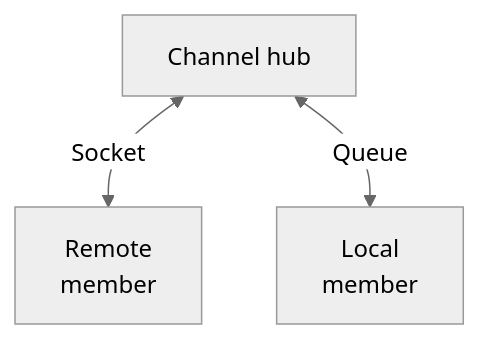
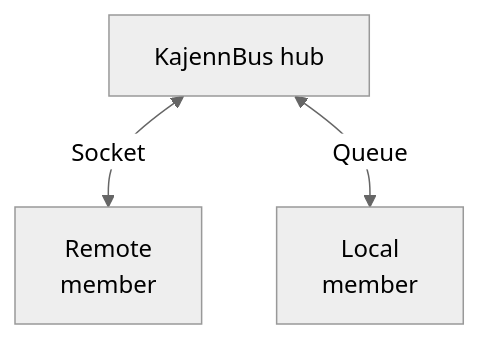
One commit to kajenn-org/kajenn changed the ninth of 10 diagrams in docs/architecture/overview.md. Above: the diagram before and after it, drawn with Mermaid (neutral theme). The commit also changed other lines of this file and 43 other files, not shown here.

First line of the commit message:
refactor: rename the internal lane kajenn.channel to kajenn.kbus (0.2.0 Beta)

````diff
--- a/docs/architecture/overview.md
+++ b/docs/architecture/overview.md
@@ -229,5 +229,5 @@
 ```mermaid
 flowchart TD
-    hub["Channel hub"] <-->|"Socket"| remote["Remote<br/>member"]
+    hub["KajennBus hub"] <-->|"Socket"| remote["Remote<br/>member"]
     hub <-->|"Queue"| local["Local<br/>member"]
 ```
````
